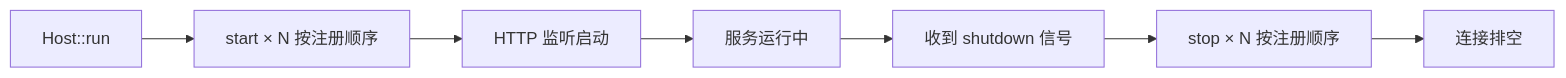
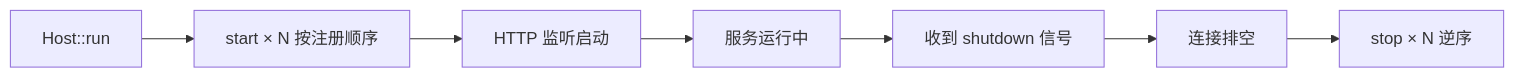
Before and after one commit to Rust-Framework/rust-webx: the diagram in docs/rust-webx/06-di-lifecycle/hosted-services.md, drawn with Mermaid. The commit also changed other lines of this file and 22 other files, not shown here.

First line of the commit message:
fix(0.9.0): lifecycle, SPA fallback, pipeline-visible 413, error direction and OpenAPI body schema

````diff
--- a/docs/rust-webx/06-di-lifecycle/hosted-services.md
+++ b/docs/rust-webx/06-di-lifecycle/hosted-services.md
@@ -15,9 +15,9 @@
 ```mermaid
 graph LR
     A[Host::run] --> B[start × N 按注册顺序]
     B --> C[HTTP 监听启动]
     C --> D[服务运行中]
     D --> E[收到 shutdown 信号]
-    E --> F[stop × N 按注册顺序]
-    F --> G[连接排空]
+    E --> F[连接排空]
+    F --> G[stop × N 逆序]
 ```
````
